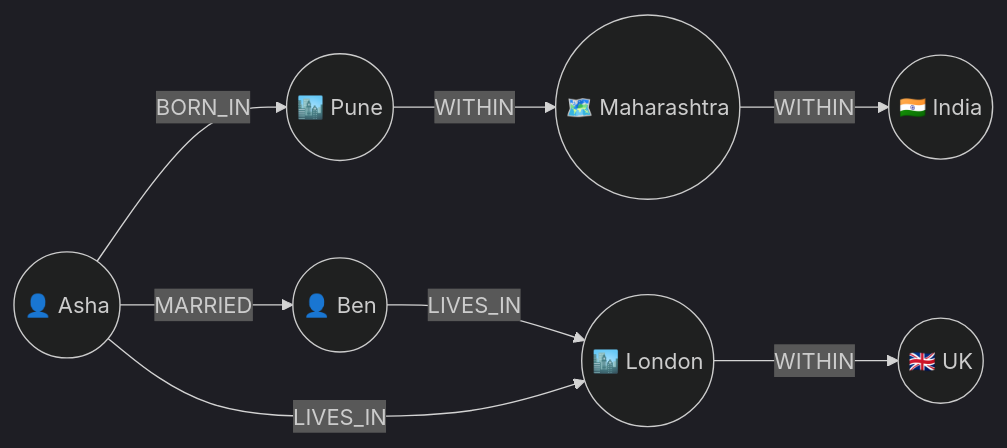
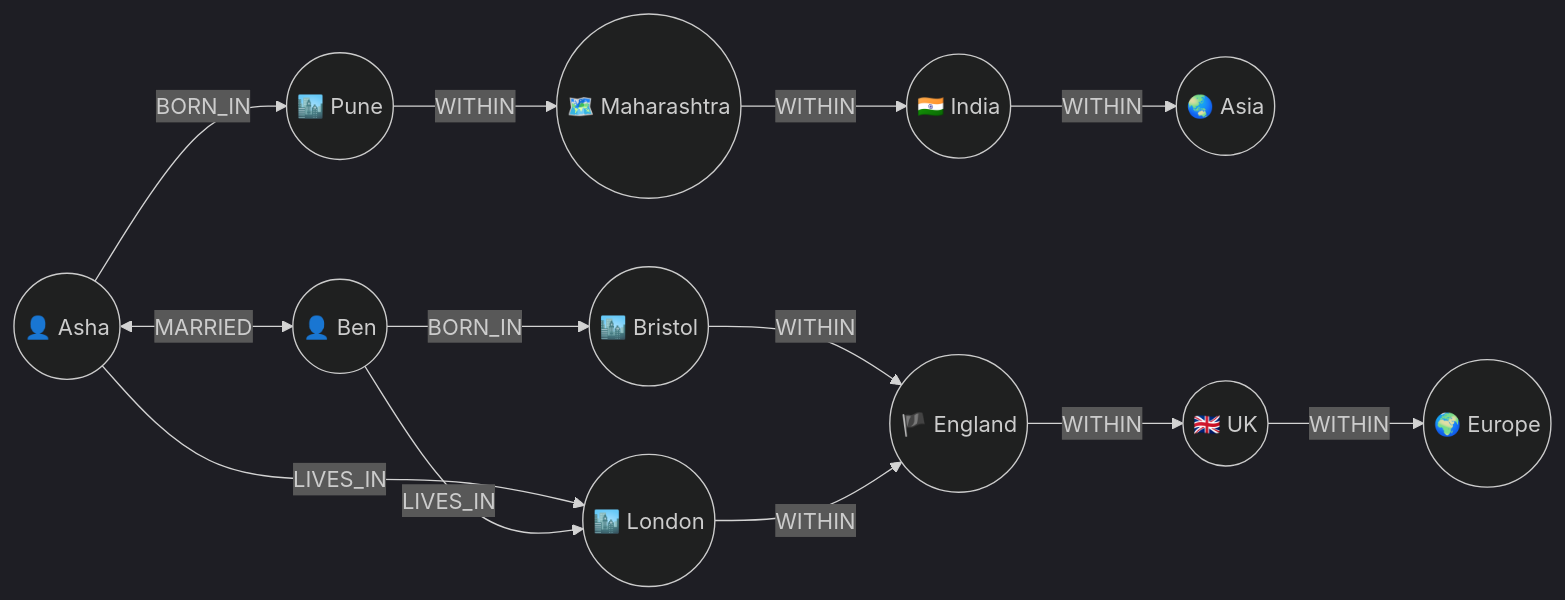
The seventh of 10 diagrams in docs/chapters/part-1/02-data-models.mdx (pratikguru998/ddia-book), drawn with Mermaid (dark theme) before and after one commit. The commit also changed other lines of this file and 13 other files, not shown here.

Commit message:
Expand all 12 chapters: every book subsection, deeper notes, ~320 diagrams

````diff
--- a/docs/chapters/part-1/02-data-models.mdx
+++ b/docs/chapters/part-1/02-data-models.mdx
@@ -113,10 +461,15 @@
 ```mermaid
 flowchart LR
   A(("👤 Asha")) -->|"BORN_IN"| PUNE(("🏙️ Pune"))
   PUNE -->|"WITHIN"| MH(("🗺️ Maharashtra"))
   MH -->|"WITHIN"| IN(("🇮🇳 India"))
-  B(("👤 Ben")) -->|"LIVES_IN"| LON(("🏙️ London"))
-  LON -->|"WITHIN"| UK(("🇬🇧 UK"))
-  A -->|"MARRIED"| B
-  A -->|"LIVES_IN"| LON
+  IN -->|"WITHIN"| ASIA(("🌏 Asia"))
+  B(("👤 Ben")) -->|"BORN_IN"| BRI(("🏙️ Bristol"))
+  BRI -->|"WITHIN"| ENG(("🏴 England"))
+  A -->|"LIVES_IN"| LON(("🏙️ London"))
+  B -->|"LIVES_IN"| LON
+  LON -->|"WITHIN"| ENG
+  ENG -->|"WITHIN"| UK(("🇬🇧 UK"))
+  UK -->|"WITHIN"| EU(("🌍 Europe"))
+  A <-->|"MARRIED"| B
 ```
````
